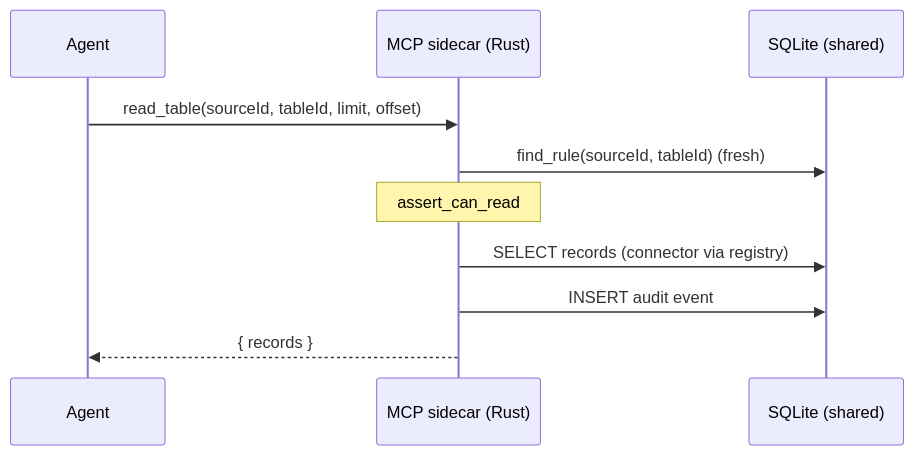
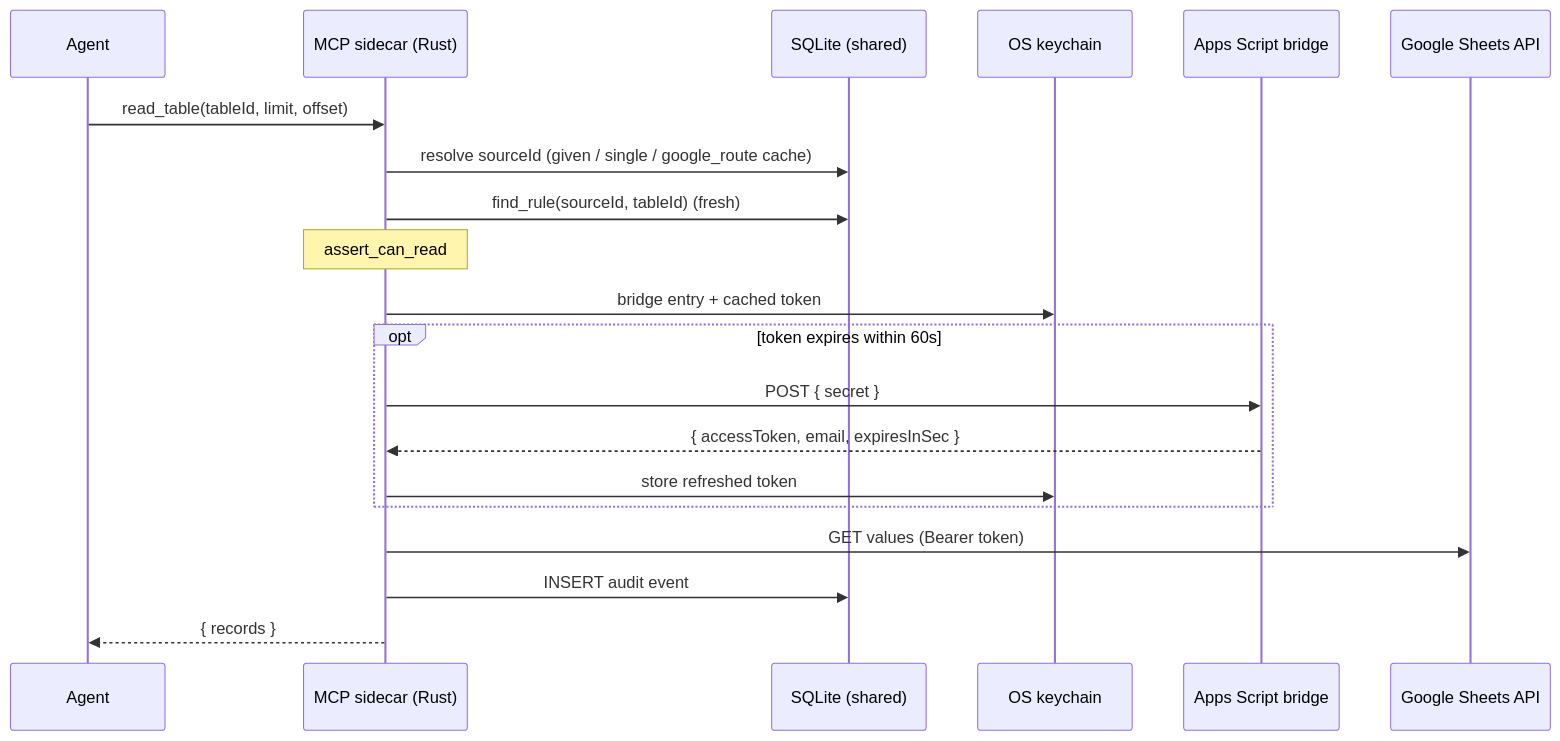
The second of 3 diagrams in docs/architecture.md (h1dr0nn/airtable-sheet-port), drawn with Mermaid before and after one commit. The commit also changed other lines of this file and 74 other files, not shown here.

````diff
--- a/docs/architecture.md
+++ b/docs/architecture.md
@@ -191,13 +228,23 @@
 ```mermaid
 sequenceDiagram
   participant A as Agent
   participant M as MCP sidecar (Rust)
   participant DB as SQLite (shared)
+  participant K as OS keychain
+  participant B as Apps Script bridge
+  participant G as Google Sheets API
 
-  A->>M: read_table(sourceId, tableId, limit, offset)
+  A->>M: read_table(tableId, limit, offset)
+  M->>DB: resolve sourceId (given / single / google_route cache)
   M->>DB: find_rule(sourceId, tableId) (fresh)
   Note over M: assert_can_read
-  M->>DB: SELECT records (connector via registry)
+  M->>K: bridge entry + cached token
+  opt token expires within 60s
+    M->>B: POST { secret }
+    B-->>M: { accessToken, email, expiresInSec }
+    M->>K: store refreshed token
+  end
+  M->>G: GET values (Bearer token)
   M->>DB: INSERT audit event
   M-->>A: { records }
 ```
````
